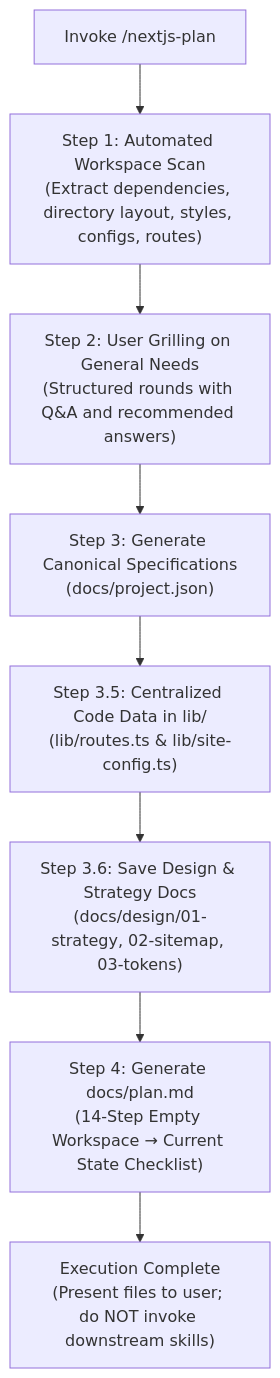
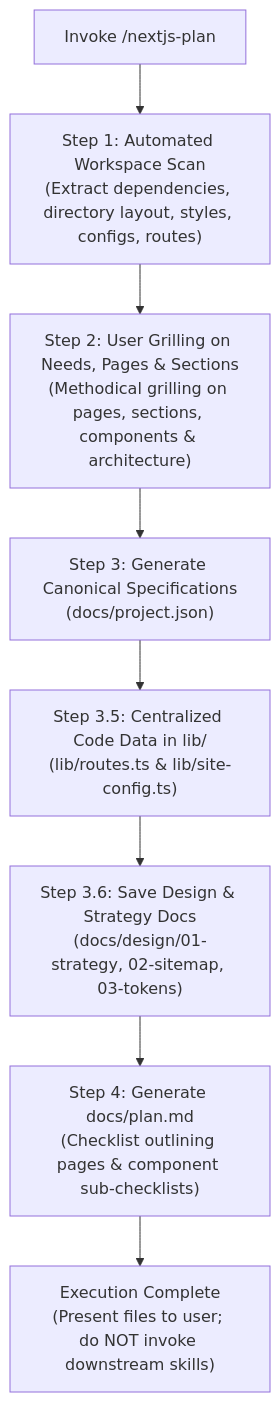
Before and after one commit to BIGboss248/aminwebsite: the diagram in .agents/skills/nextjs-plan/SKILL.md, drawn with Mermaid. The commit also changed other lines of this file and 3 other files, not shown here.

````diff
--- a/.agents/skills/nextjs-plan/SKILL.md
+++ b/.agents/skills/nextjs-plan/SKILL.md
@@ -20,10 +20,10 @@
 ```mermaid
 flowchart TD
     Invoke["Invoke /nextjs-plan"] --> Step1["Step 1: Automated Workspace Scan<br/>(Extract dependencies, directory layout, styles, configs, routes)"]
-    Step1 --> Step2["Step 2: User Grilling on General Needs<br/>(Structured rounds with Q&A and recommended answers)"]
+    Step1 --> Step2["Step 2: User Grilling on Needs, Pages & Sections<br/>(Methodical grilling on pages, sections, components & architecture)"]
     Step2 --> Step3["Step 3: Generate Canonical Specifications<br/>(docs/project.json)"]
     Step3 --> Step35["Step 3.5: Centralized Code Data in lib/<br/>(lib/routes.ts & lib/site-config.ts)"]
     Step35 --> Step36["Step 3.6: Save Design & Strategy Docs<br/>(docs/design/01-strategy, 02-sitemap, 03-tokens)"]
-    Step36 --> Step4["Step 4: Generate docs/plan.md<br/>(14-Step Empty Workspace &rarr; Current State Checklist)"]
+    Step36 --> Step4["Step 4: Generate docs/plan.md<br/>(Checklist outlining pages & component sub-checklists)"]
     Step4 --> Complete["Execution Complete<br/>(Present files to user; do NOT invoke downstream skills)"]
 ```
````
